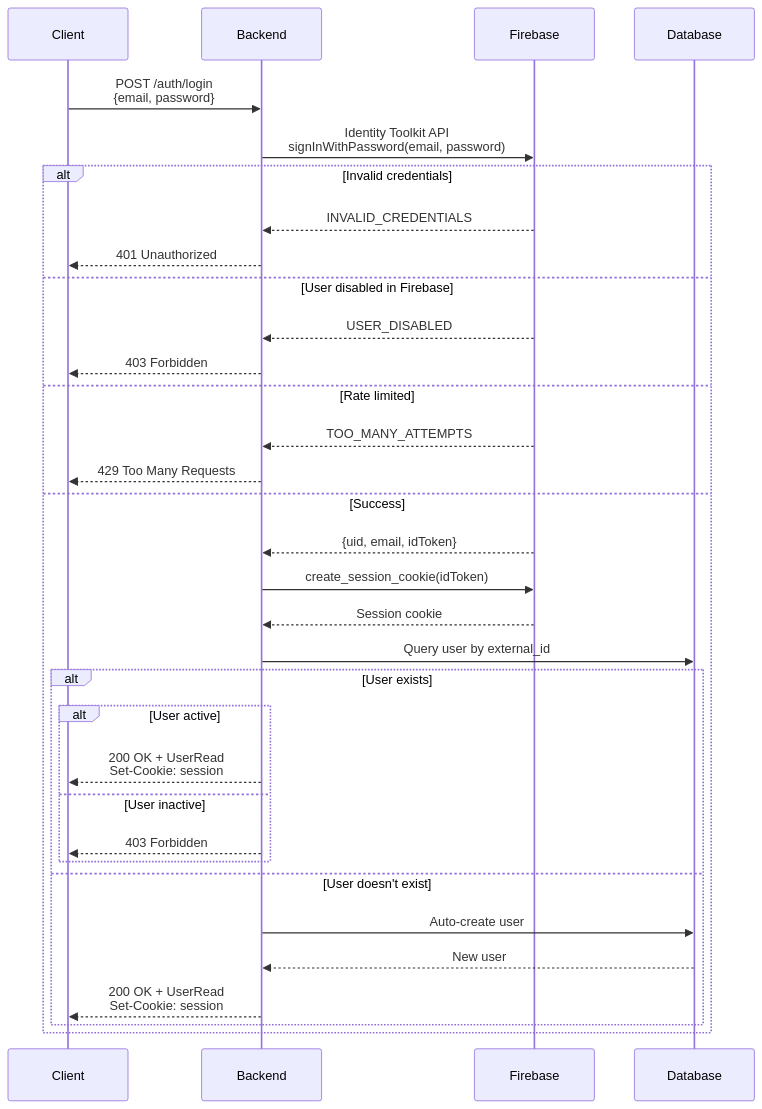
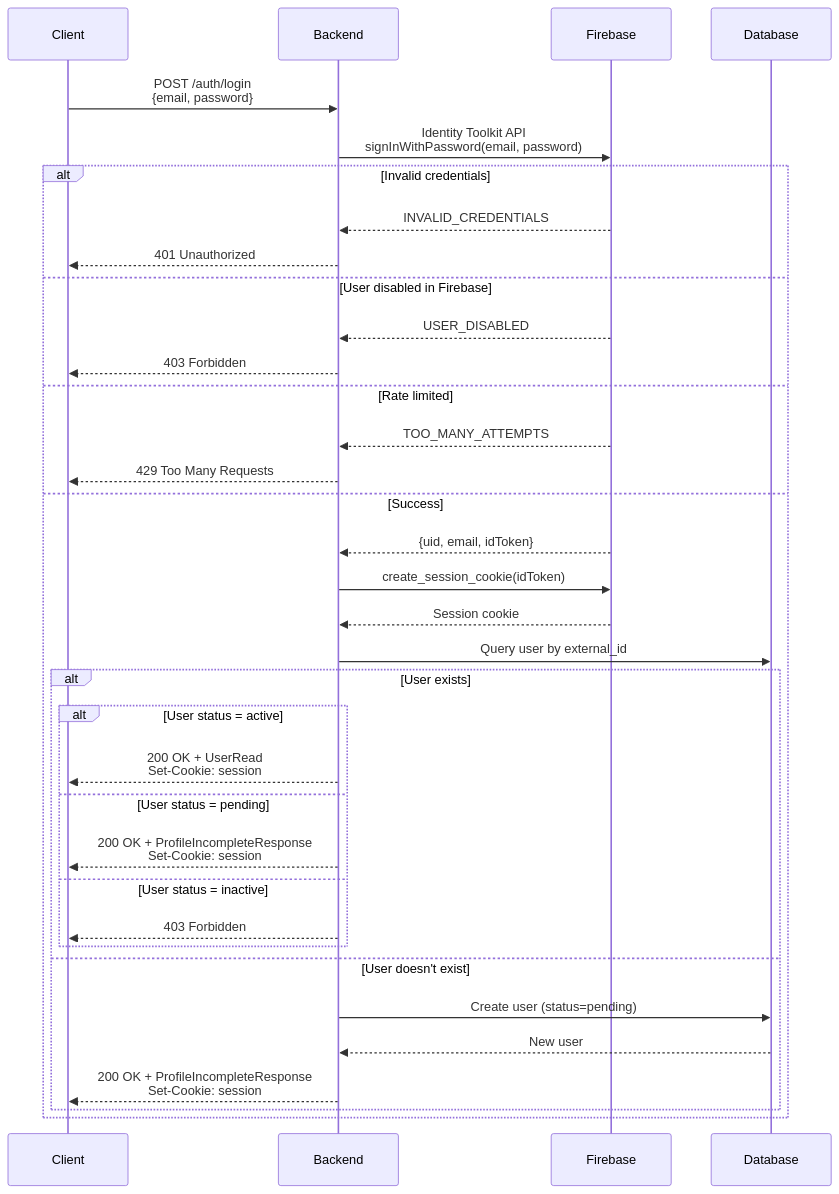
Before and after one commit to gokhantaskan/fastback: the third of 11 diagrams in docs/auth-flow.md, drawn with Mermaid. The commit also changed other lines of this file and 1 other file, not shown here.

````diff
--- a/docs/auth-flow.md
+++ b/docs/auth-flow.md
@@ -78,39 +95,41 @@
 ```mermaid
 sequenceDiagram
     participant Client
     participant Backend
     participant Firebase
     participant Database
 
     Client->>Backend: POST /auth/login<br/>{email, password}
 
     Backend->>Firebase: Identity Toolkit API<br/>signInWithPassword(email, password)
     alt Invalid credentials
         Firebase-->>Backend: INVALID_CREDENTIALS
         Backend-->>Client: 401 Unauthorized
     else User disabled in Firebase
         Firebase-->>Backend: USER_DISABLED
         Backend-->>Client: 403 Forbidden
     else Rate limited
         Firebase-->>Backend: TOO_MANY_ATTEMPTS
         Backend-->>Client: 429 Too Many Requests
     else Success
         Firebase-->>Backend: {uid, email, idToken}
 
         Backend->>Firebase: create_session_cookie(idToken)
         Firebase-->>Backend: Session cookie
 
         Backend->>Database: Query user by external_id
         alt User exists
-            alt User active
+            alt User status = active
                 Backend-->>Client: 200 OK + UserRead<br/>Set-Cookie: session
-            else User inactive
+            else User status = pending
+                Backend-->>Client: 200 OK + ProfileIncompleteResponse<br/>Set-Cookie: session
+            else User status = inactive
                 Backend-->>Client: 403 Forbidden
             end
         else User doesn't exist
-            Backend->>Database: Auto-create user
+            Backend->>Database: Create user (status=pending)
             Database-->>Backend: New user
-            Backend-->>Client: 200 OK + UserRead<br/>Set-Cookie: session
+            Backend-->>Client: 200 OK + ProfileIncompleteResponse<br/>Set-Cookie: session
         end
     end
 ```
````
